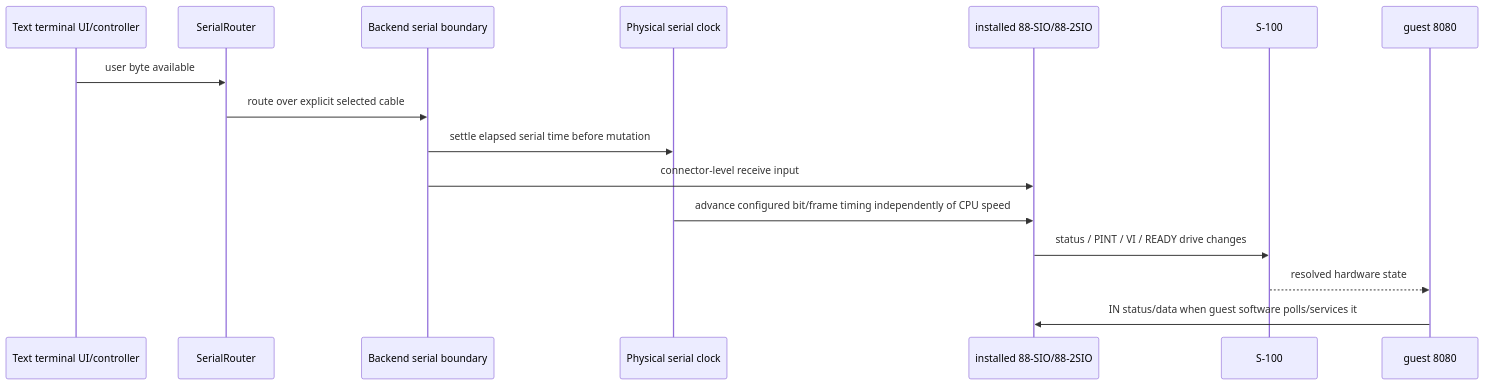
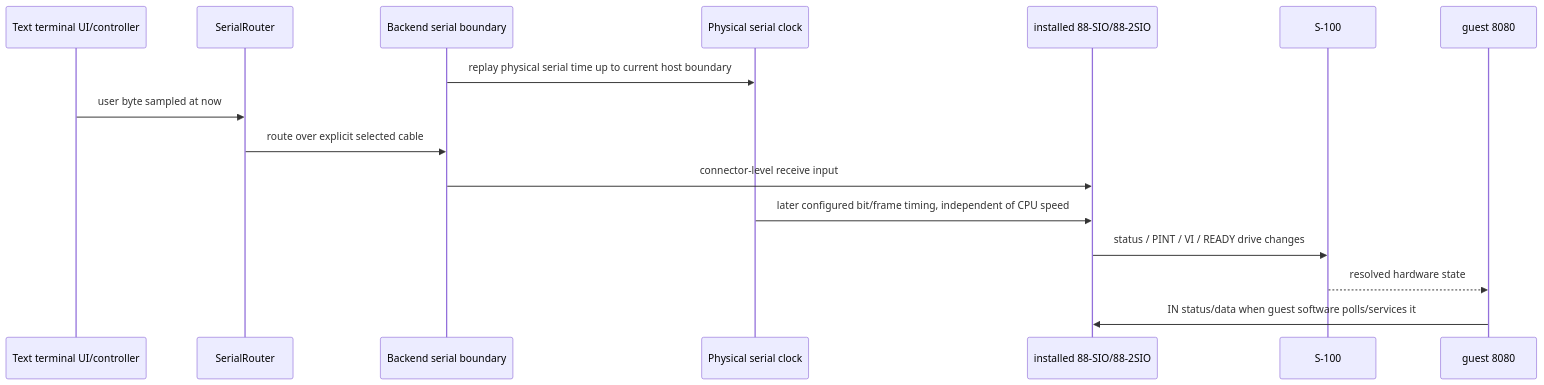
One commit to TheWinterLynx/RusTair changed the sixth of 8 diagrams in docs/RUNTIME_FLOWS.md. Above: the diagram before and after it, drawn with Mermaid. The commit also changed other lines of this file, not shown here.

Commit message:
Document GUI serial physical-time scheduling

````diff
--- a/docs/RUNTIME_FLOWS.md
+++ b/docs/RUNTIME_FLOWS.md
@@ -198,19 +205,19 @@
 ```mermaid
 sequenceDiagram
     participant UI as Text terminal UI/controller
     participant Router as SerialRouter
     participant Backend as Backend serial boundary
     participant Clock as Physical serial clock
     participant Card as installed 88-SIO/88-2SIO
     participant Bus as S-100
     participant CPU as guest 8080
 
-    UI->>Router: user byte available
+    Backend->>Clock: replay physical serial time up to current host boundary
+    UI->>Router: user byte sampled at now
     Router->>Backend: route over explicit selected cable
-    Backend->>Clock: settle elapsed serial time before mutation
     Backend->>Card: connector-level receive input
-    Clock->>Card: advance configured bit/frame timing independently of CPU speed
+    Clock->>Card: later configured bit/frame timing, independent of CPU speed
     Card->>Bus: status / PINT / VI / READY drive changes
     Bus-->>CPU: resolved hardware state
     CPU->>Card: IN status/data when guest software polls/services it
 ```
````
